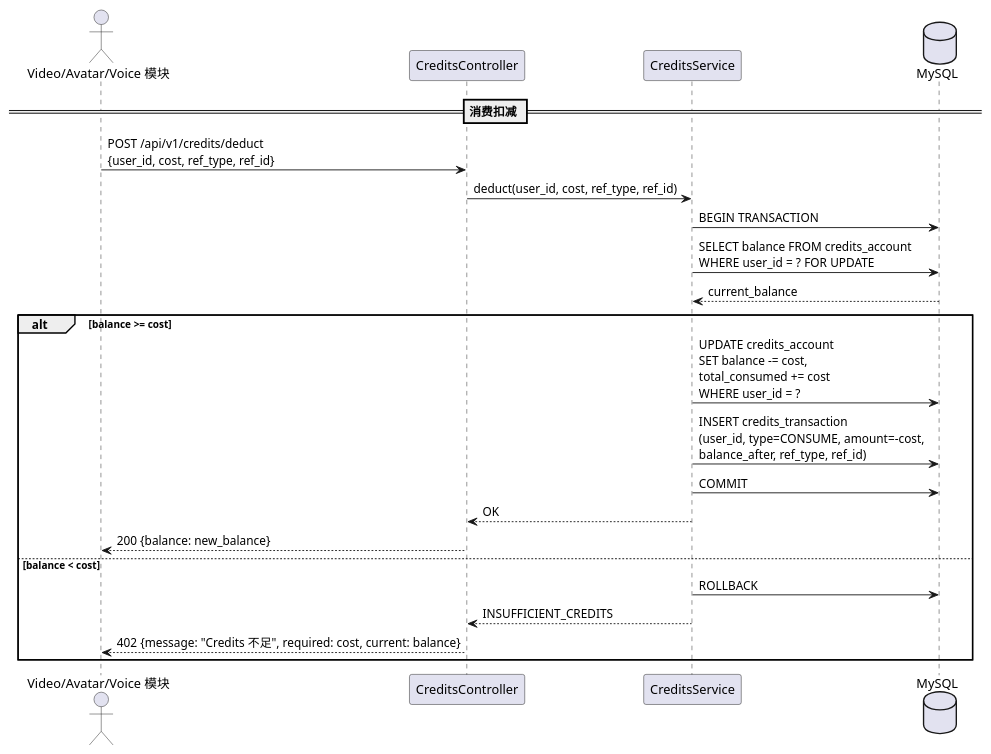
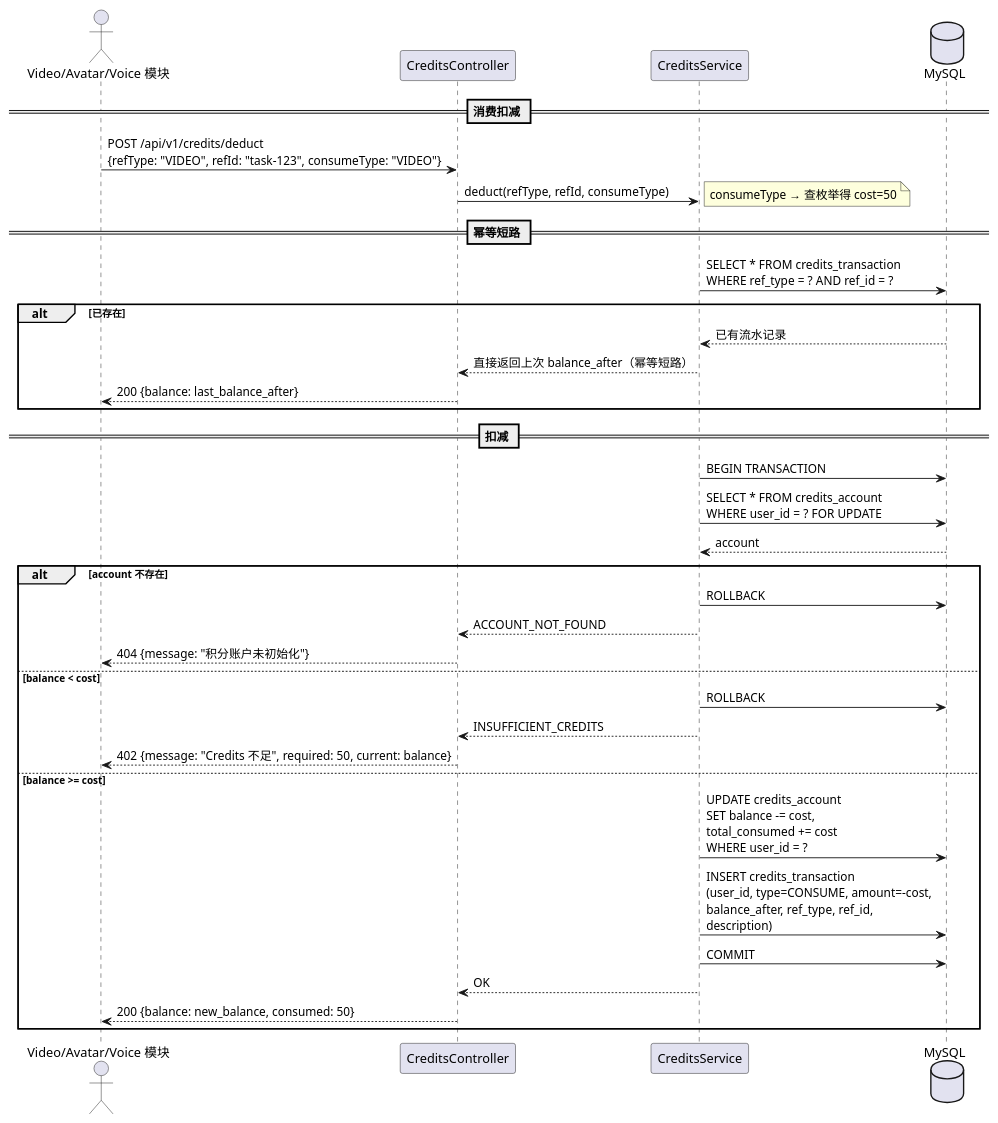
Before and after one commit to liluqing/farvis-harness: the second of 6 diagrams in Docs/iterations/2026-06-19_积分体系_v1.0/tech-design.md, drawn with PlantUML. The commit also changed other lines of this file and 1 other file, not shown here.

````diff
--- a/Docs/iterations/2026-06-19_积分体系_v1.0/tech-design.md
+++ b/Docs/iterations/2026-06-19_积分体系_v1.0/tech-design.md
@@ -200,30 +249,44 @@
 ```plantuml
 @startuml
 actor "Video/Avatar/Voice 模块" as Biz
 participant "CreditsController" as Ctrl
 participant "CreditsService" as Svc
 database "MySQL" as DB
 
 == 消费扣减 ==
-Biz -> Ctrl: POST /api/v1/credits/deduct\n{user_id, cost, ref_type, ref_id}
+Biz -> Ctrl: POST /api/v1/credits/deduct\n{refType: "VIDEO", refId: "task-123", consumeType: "VIDEO"}
 
-Ctrl -> Svc: deduct(user_id, cost, ref_type, ref_id)
+Ctrl -> Svc: deduct(refType, refId, consumeType)
+note right: consumeType → 查枚举得 cost=50
 
+== 幂等短路 ==
+Svc -> DB: SELECT * FROM credits_transaction\nWHERE ref_type = ? AND ref_id = ?
+alt 已存在
+    DB --> Svc: 已有流水记录
+    Svc --> Ctrl: 直接返回上次 balance_after（幂等短路）
+    Ctrl --> Biz: 200 {balance: last_balance_after}
+end
+
+== 扣减 ==
 Svc -> DB: BEGIN TRANSACTION
-Svc -> DB: SELECT balance FROM credits_account\nWHERE user_id = ? FOR UPDATE
-DB --> Svc: current_balance
+Svc -> DB: SELECT * FROM credits_account\nWHERE user_id = ? FOR UPDATE
+DB --> Svc: account
 
-alt balance >= cost
-    Svc -> DB: UPDATE credits_account\nSET balance -= cost,\ntotal_consumed += cost\nWHERE user_id = ?
-    Svc -> DB: INSERT credits_transaction\n(user_id, type=CONSUME, amount=-cost,\nbalance_after, ref_type, ref_id)
-    Svc -> DB: COMMIT
-    Svc --> Ctrl: OK
-    Ctrl --> Biz: 200 {balance: new_balance}
+alt account 不存在
+    Svc -> DB: ROLLBACK
+    Svc --> Ctrl: ACCOUNT_NOT_FOUND
+    Ctrl --> Biz: 404 {message: "积分账户未初始化"}
 else balance < cost
     Svc -> DB: ROLLBACK
     Svc --> Ctrl: INSUFFICIENT_CREDITS
-    Ctrl --> Biz: 402 {message: "Credits 不足", required: cost, current: balance}
+    Ctrl --> Biz: 402 {message: "Credits 不足", required: 50, current: balance}
+else balance >= cost
+    Svc -> DB: UPDATE credits_account\nSET balance -= cost,\ntotal_consumed += cost\nWHERE user_id = ?
+    Svc -> DB: INSERT credits_transaction\n(user_id, type=CONSUME, amount=-cost,\nbalance_after, ref_type, ref_id,\ndescription)
+    Svc -> DB: COMMIT
+    Svc --> Ctrl: OK
+    Ctrl --> Biz: 200 {balance: new_balance, consumed: 50}
 end
 
 @enduml
 ```
````
